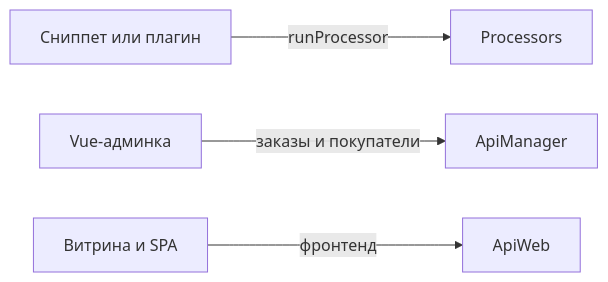
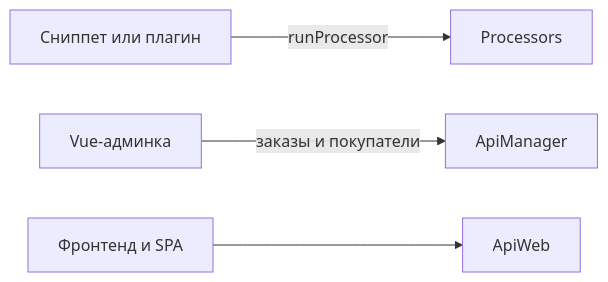
The diagram in docs/components/minishop3/development/backend-api/index.md (modx-pro/Docs), drawn with Mermaid before and after one commit. The commit also changed other lines of this file and 9 other files, not shown here.

````diff
--- a/docs/components/minishop3/development/backend-api/index.md
+++ b/docs/components/minishop3/development/backend-api/index.md
@@ -31,6 +39,6 @@
 ```mermaid
 flowchart LR
   php[Сниппет или плагин] -->|runProcessor| proc[Processors]
   mgr[Vue-админка] -->|заказы и покупатели| manager[ApiManager]
-  web[Витрина и SPA] -->|фронтенд| webapi[ApiWeb]
+  web[Фронтенд и SPA] --> webapi[ApiWeb]
 ```
````
